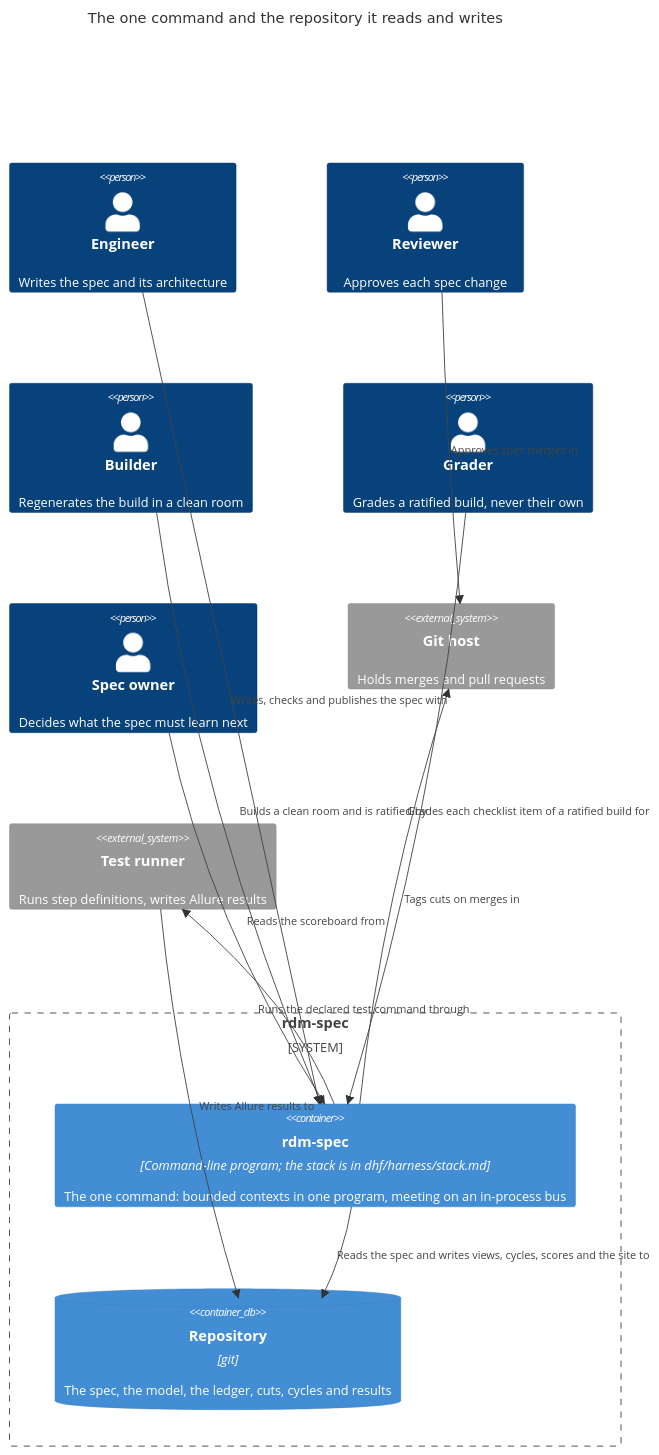
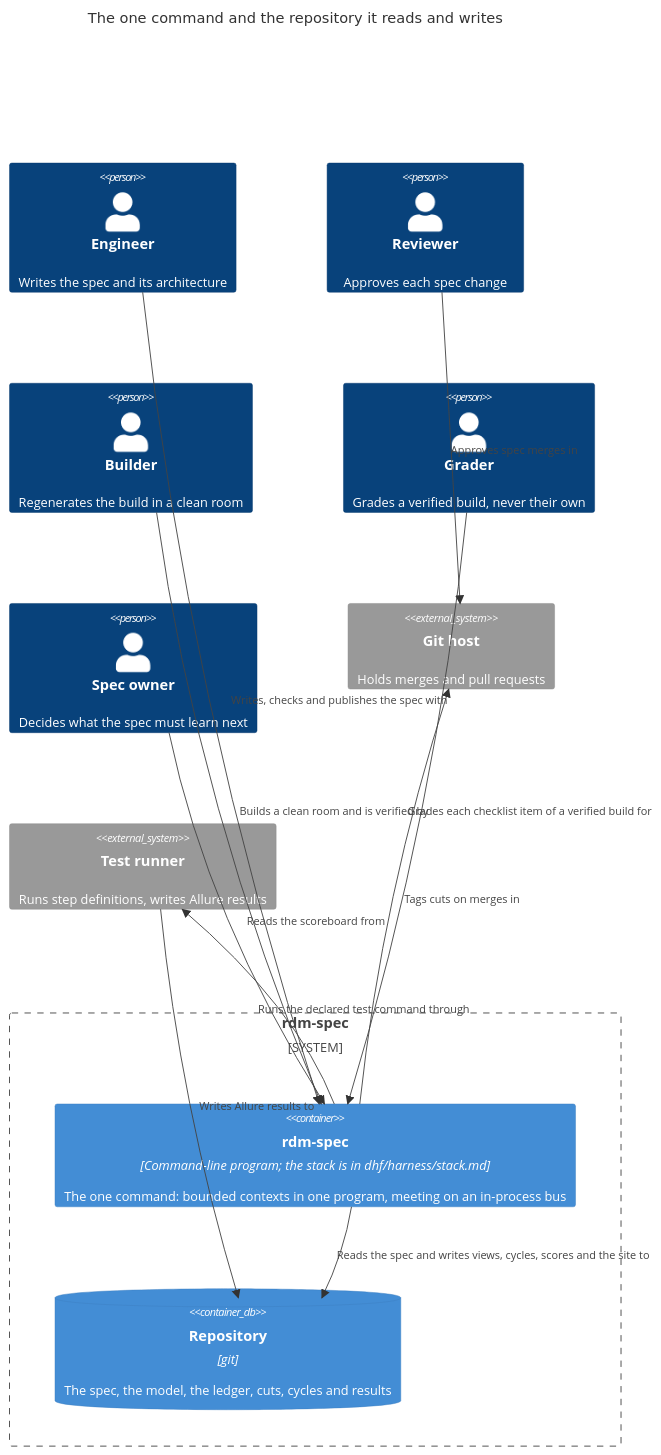
Before and after one commit to scope-impact/rdm: the diagram in dhf/views/containers.mmd, drawn with Mermaid. The commit also changed 43 other files, not shown here.

First line of the commit message:
Spec: verify, abstract and the project's; results in Allure's own model

```diff
--- a/dhf/views/containers.mmd
+++ b/dhf/views/containers.mmd
@@ -1,23 +1,23 @@
-%% model-sha256: 1932d21f8cc4404088c2a2c4cd7ca0c46881563e65f88a09f4b714211a333b0a; generated by rdm-spec views from dhf/spec/model.edn, view "containers"; do not edit
+%% model-sha256: 314b0b68c147536c5f734827448d5ecb5b5d3264fd0a46bffb95e7b59b775249; generated by rdm-spec views from dhf/spec/model.edn, view "containers"; do not edit
 C4Container
 title The one command and the repository it reads and writes
 System_Boundary(boundary__rdm_spec_system, "rdm-spec") {
   Container(rdm_spec, "rdm-spec", "Command-line program; the stack is in dhf/harness/stack.md", "The one command: bounded contexts in one program, meeting on an in-process bus")
   ContainerDb(repository, "Repository", "git", "The spec, the model, the ledger, cuts, cycles and results")
 }
 Person(engineer, "Engineer", "Writes the spec and its architecture")
 Person(reviewer, "Reviewer", "Approves each spec change")
 Person(builder, "Builder", "Regenerates the build in a clean room")
-Person(grader, "Grader", "Grades a ratified build, never their own")
+Person(grader, "Grader", "Grades a verified build, never their own")
 Person(spec_owner, "Spec owner", "Decides what the spec must learn next")
 System_Ext(git_host, "Git host", "Holds merges and pull requests")
 System_Ext(test_runner, "Test runner", "Runs step definitions, writes Allure results")
+Rel(reviewer, git_host, "Approves spec merges in")
+Rel(rdm_spec, git_host, "Tags cuts on merges in")
+Rel(spec_owner, rdm_spec, "Reads the scoreboard from")
+Rel(test_runner, repository, "Writes Allure results to")
 Rel(engineer, rdm_spec, "Writes, checks and publishes the spec with")
-Rel(reviewer, git_host, "Approves spec merges in")
-Rel(builder, rdm_spec, "Builds a clean room and is ratified by")
-Rel(grader, rdm_spec, "Grades each checklist item of a ratified build for")
-Rel(spec_owner, rdm_spec, "Reads the scoreboard from")
-Rel(rdm_spec, git_host, "Tags cuts on merges in")
+Rel(grader, rdm_spec, "Grades each checklist item of a verified build for")
+Rel(builder, rdm_spec, "Builds a clean room and is verified by")
 Rel(rdm_spec, test_runner, "Runs the declared test command through")
-Rel(test_runner, repository, "Writes Allure results to")
 Rel(rdm_spec, repository, "Reads the spec and writes views, cycles, scores and the site to")
```
